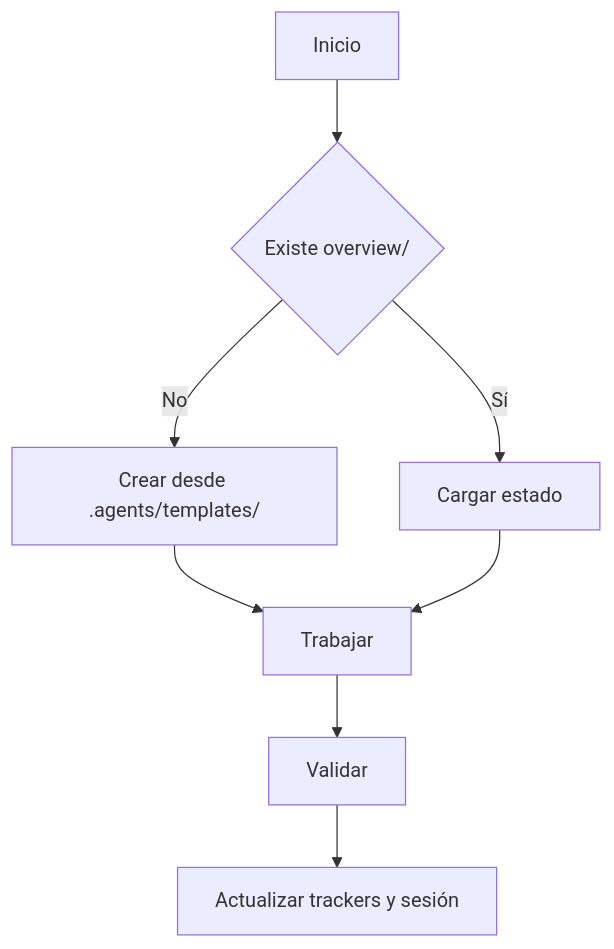
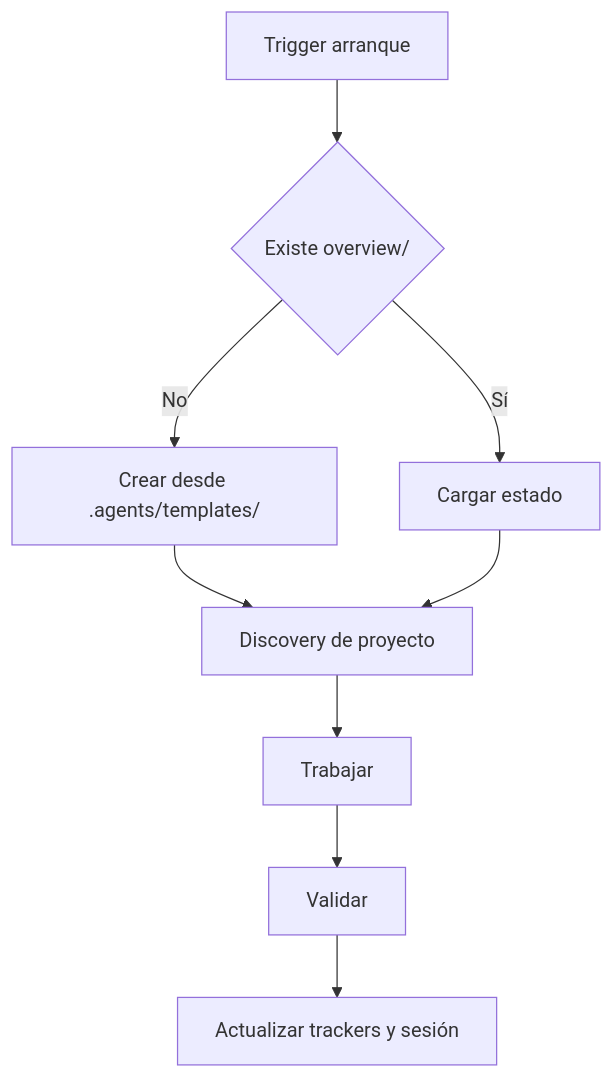
One commit to Agent-Rules-Ecosystem/backend-auth-oauth-agent-skill changed the diagram in core/brain.md. Above: the diagram before and after it, drawn with Mermaid. The commit also changed other lines of this file and 4 other files, not shown here.

First line of the commit message:
feat(core): discovery dinámico, audit learning.md, triggers de arranque, overview/context/

````diff
--- a/core/brain.md
+++ b/core/brain.md
@@ -5,10 +5,11 @@
 ```mermaid
 graph TD
-    A[Inicio] --> B{Existe overview/}
+    A[Trigger arranque] --> B{Existe overview/}
     B -- No --> C[Crear desde .agents/templates/]
     B -- Sí --> D[Cargar estado]
-    C --> E[Trabajar]
+    C --> E[Discovery de proyecto]
     D --> E
-    E --> F[Validar]
-    F --> G[Actualizar trackers y sesión]
+    E --> F[Trabajar]
+    F --> G[Validar]
+    G --> H[Actualizar trackers y sesión]
 ```
````
